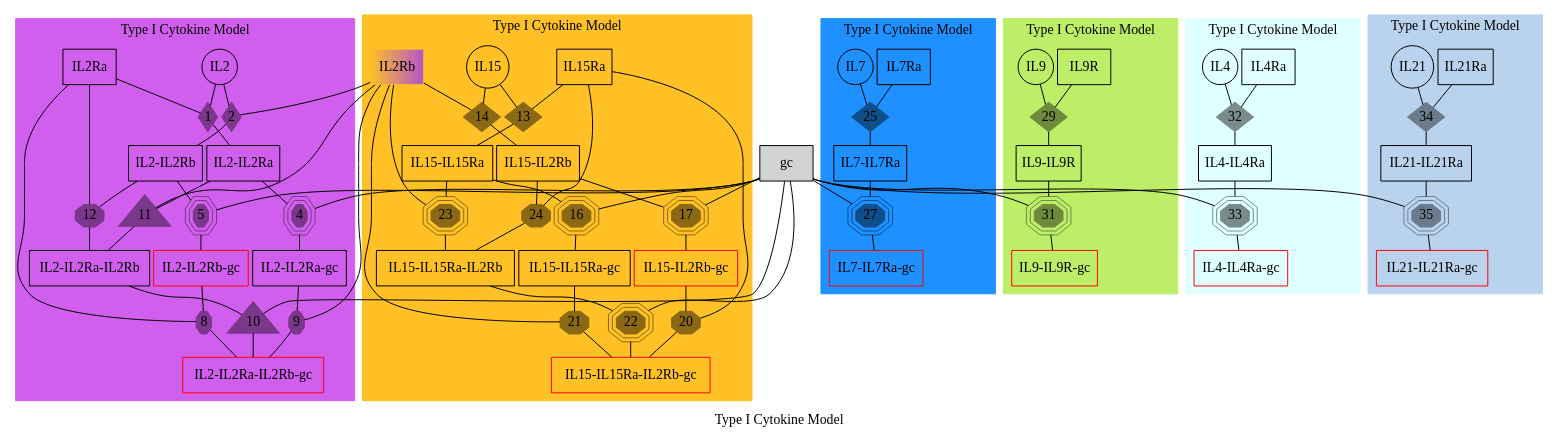
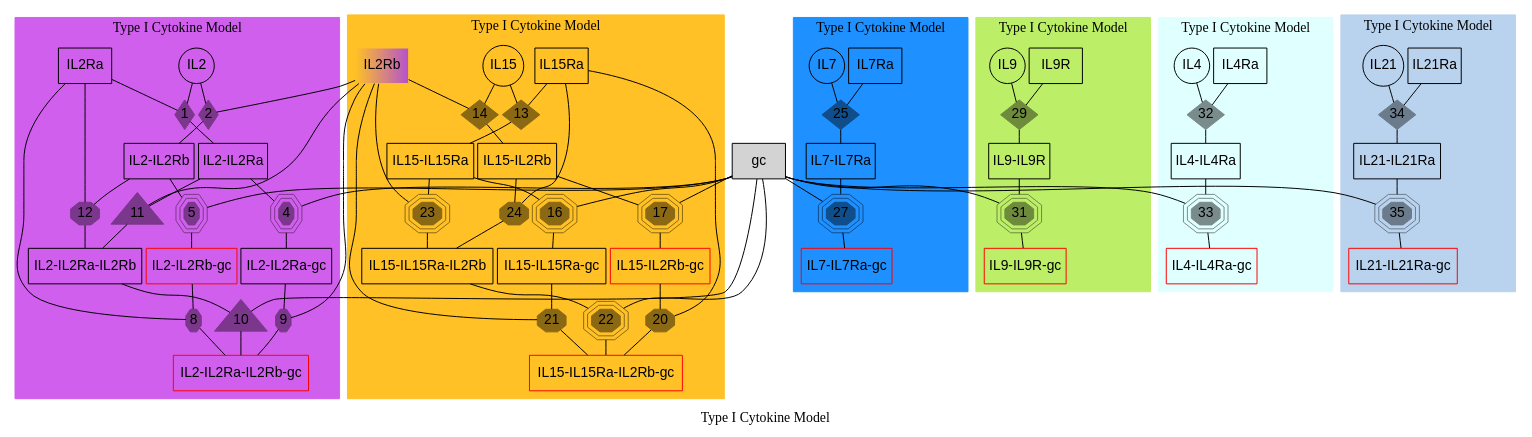
Before and after one commit to meyer-lab/gc-valent: the diagram in ckine/data/graph_all.gv, drawn with Graphviz.

Commit message:
change font ot helvetica

```diff
--- a/ckine/data/graph_all.gv
+++ b/ckine/data/graph_all.gv
@@ -6,52 +6,52 @@
     subgraph specises {
         node [margin=0.03];
         rank="max";
-        "gc"    [shape=box, style=filled, BGCOLOR="white"];
+        "gc"    [shape=box, style=filled, BGCOLOR="white", fontname = "helvetica"];
     }
 
     subgraph species {
         node [margin=0.03];
 
-        "IL2"   [shape=circle ];
-        "IL2Ra" [shape=box   ];
-        "IL2Rb" [shape=box, style=filled, color="goldenrod1:mediumorchid3"];
-        "IL2-IL2Ra" [shape=box];
-        "IL2-IL2Rb" [shape=box];
-        "IL2-IL2Ra" [shape=box];
-        "IL2-IL2Ra" [shape=box];
-        "IL2-IL2Ra-IL2Rb" [shape=box ];
-        "IL2-IL2Ra-gc" [shape=box ];
-        "IL2-IL2Rb-gc" [shape=box, color=red ];
-        "IL2-IL2Ra-IL2Rb-gc" [shape=box, color=red ];
+        "IL2"   [shape=circle, fontname = "helvetica" ];
+        "IL2Ra" [shape=box, fontname = "helvetica"   ];
+        "IL2Rb" [shape=box, style=filled, color="goldenrod1:mediumorchid3", fontname = "helvetica"];
+        "IL2-IL2Ra" [shape=box, fontname = "helvetica"];
+        "IL2-IL2Rb" [shape=box, fontname = "helvetica"];
+        "IL2-IL2Ra" [shape=box, fontname = "helvetica"];
+        "IL2-IL2Ra" [shape=box, fontname = "helvetica"];
+        "IL2-IL2Ra-IL2Rb" [shape=box, fontname = "helvetica" ];
+        "IL2-IL2Ra-gc" [shape=box, fontname = "helvetica" ];
+        "IL2-IL2Rb-gc" [shape=box, color=red, fontname = "helvetica" ];
+        "IL2-IL2Ra-IL2Rb-gc" [shape=box, color=red, fontname = "helvetica" ];
 
-        "IL15"  [shape=circle];
-        "IL15Ra"    [shape=box];
-        "IL15-IL15Ra"   [shape=box];
-        "IL15-IL2Rb"    [shape=box];
-        "IL15-IL15Ra-IL2Rb" [shape=box];
-        "IL15-IL15Ra-gc"    [shape=box];
-        "IL15-IL2Rb-gc" [shape=box, color=red];
-        "IL15-IL15Ra-IL2Rb-gc"  [shape=box, color=red];
+        "IL15"  [shape=circle, fontname = "helvetica"];
+        "IL15Ra"    [shape=box, fontname = "helvetica"];
+        "IL15-IL15Ra"   [shape=box, fontname = "helvetica"];
+        "IL15-IL2Rb"    [shape=box, fontname = "helvetica"];
+        "IL15-IL15Ra-IL2Rb" [shape=box, fontname = "helvetica"];
+        "IL15-IL15Ra-gc"    [shape=box, fontname = "helvetica"];
+        "IL15-IL2Rb-gc" [shape=box, color=red, fontname = "helvetica"];
+        "IL15-IL15Ra-IL2Rb-gc"  [shape=box, color=red, fontname = "helvetica"];
 
-        "IL7"   [shape=circle];
-        "IL7Ra" [shape=box];
-        "IL7-IL7Ra" [shape=box];
-        "IL7-IL7Ra-gc"  [shape=box, color=red];
+        "IL7"   [shape=circle, fontname = "helvetica"];
+        "IL7Ra" [shape=box, fontname = "helvetica"];
+        "IL7-IL7Ra" [shape=box, fontname = "helvetica"];
+        "IL7-IL7Ra-gc"  [shape=box, color=red, fontname = "helvetica"];
 
-        "IL9"   [shape=circle];
-        "IL9R" [shape=box    ];
-        "IL9-IL9R" [shape=box];
-        "IL9-IL9R-gc" [shape=box, color=red ];
+        "IL9"   [shape=circle, fontname = "helvetica"];
+        "IL9R" [shape=box , fontname = "helvetica"   ];
+        "IL9-IL9R" [shape=box, fontname = "helvetica"];
+        "IL9-IL9R-gc" [shape=box, color=red, fontname = "helvetica" ];
 
-        "IL4"   [shape=circle];
-        "IL4Ra" [shape=box    ];
-        "IL4-IL4Ra" [shape=box];
-        "IL4-IL4Ra-gc" [shape=box, color=red ];
+        "IL4"   [shape=circle, fontname = "helvetica"];
+        "IL4Ra" [shape=box, fontname = "helvetica"    ];
+        "IL4-IL4Ra" [shape=box, fontname = "helvetica"];
+        "IL4-IL4Ra-gc" [shape=box, color=red, fontname = "helvetica" ];
 
-        "IL21"   [shape=circle];
-        "IL21Ra" [shape=box    ];
-        "IL21-IL21Ra" [shape=box];
-        "IL21-IL21Ra-gc" [shape=box, color=red ];
+        "IL21"   [shape=circle, fontname = "helvetica"];
+        "IL21Ra" [shape=box , fontname = "helvetica"   ];
+        "IL21-IL21Ra" [shape=box, fontname = "helvetica"];
+        "IL21-IL21Ra-gc" [shape=box, color=red, fontname = "helvetica" ];
     }
 
     subgraph cluster_IL2 {
@@ -59,47 +59,47 @@
     	color=mediumorchid2;
     	node [style=filled,color=mediumorchid4, margin=0];
 
-        "1" [shape=diamond,style=filled,height=.1,width=.1];
+        "1" [shape=diamond,style=filled,height=.1,width=.1, fontname = "helvetica"];
         "IL2" -> "1" [dir=none,weight=1];
         "IL2Ra" -> "1" [dir=none,weight=1];
         "1" -> "IL2-IL2Ra" [dir=none, weight=2];
 
-        "2" [shape=diamond,style=filled,height=.1,width=.1];
+        "2" [shape=diamond,style=filled,height=.1,width=.1, fontname = "helvetica"];
         "IL2" -> "2" [dir=none,weight=1];
         "IL2Rb" -> "2" [dir=none,weight=1];
         "2" -> "IL2-IL2Rb" [dir=none, weight=2];
 
-        "4" [shape=tripleoctagon,style=filled,height=.1,width=.1];
+        "4" [shape=tripleoctagon,style=filled,height=.1,width=.1, fontname = "helvetica"];
         "IL2-IL2Ra" -> "4" [dir=none,weight=1];
         "gc" -> "4" [dir=none,weight=1];
         "4" -> "IL2-IL2Ra-gc" [dir=none, weight=2];
 
-        "5" [shape=tripleoctagon,style=filled,height=.1,width=.1];
+        "5" [shape=tripleoctagon,style=filled,height=.1,width=.1, fontname = "helvetica"];
         "IL2-IL2Rb" -> "5" [dir=none,weight=1];
         "gc" -> "5" [dir=none,weight=1];
         "5" -> "IL2-IL2Rb-gc" [dir=none, weight=2];
 
-        "8" [shape=octagon,style=filled,height=.1,width=.1];
+        "8" [shape=octagon,style=filled,height=.1,width=.1, fontname = "helvetica"];
         "IL2-IL2Rb-gc" -> "8" [dir=none,weight=1];
         "IL2Ra" -> "8" [dir=none,weight=1];
-        "8" -> "IL2-IL2Ra-IL2Rb-gc" [dir=none, weight=2];
+        "8" -> "IL2-IL2Ra-IL2Rb-gc" [dir=none, weight=2, fontname = "helvetica"];
 
-        "9" [shape=octagon,style=filled,height=.1,width=.1];
+        "9" [shape=octagon,style=filled,height=.1,width=.1, fontname = "helvetica"];
         "IL2-IL2Ra-gc" -> "9" [dir=none,weight=1];
         "IL2Rb" -> "9" [dir=none,weight=1];
         "9" -> "IL2-IL2Ra-IL2Rb-gc" [dir=none, weight=2];
 
-        "10" [shape=triangle,style=filled,height=.1,width=.04];
+        "10" [shape=triangle,style=filled,height=.1,width=.04, fontname = "helvetica"];
         "IL2-IL2Ra-IL2Rb" -> "10" [dir=none,weight=1];
         "gc" -> "10" [dir=none,weight=1];
         "10" -> "IL2-IL2Ra-IL2Rb-gc" [dir=none, weight=2];
 
-        "11" [shape=triangle,style=filled,height=.1,width=.04];
+        "11" [shape=triangle,style=filled,height=.1,width=.04, fontname = "helvetica"];
         "IL2-IL2Ra" -> "11" [dir=none,weight=1];
         "IL2Rb" -> "11" [dir=none,weight=1];
         "11" -> "IL2-IL2Ra-IL2Rb" [dir=none, weight=2];
 
-        "12" [shape=octagon,style=filled,height=.1,width=.1];
+        "12" [shape=octagon,style=filled,height=.1,width=.1, fontname = "helvetica"];
         "IL2-IL2Rb" -> "12" [dir=none,weight=1];
         "IL2Ra" -> "12" [dir=none,weight=1];
         "12" -> "IL2-IL2Ra-IL2Rb" [dir=none, weight=2];
@@ -111,47 +111,47 @@
     	node [style=filled,color=goldenrod4, margin=0];
         edge [dir=none, weight=1];
 
-        "13" [shape=diamond,style=filled,height=.1,width=.1];
+        "13" [shape=diamond,style=filled,height=.1,width=.1, fontname = "helvetica"];
         "IL15" -> "13";
         "IL15Ra" -> "13";
         "13" -> "IL15-IL15Ra";
 
-        "14" [shape=diamond,style=filled,height=.1,width=.1];
+        "14" [shape=diamond,style=filled,height=.1,width=.1, fontname = "helvetica"];
         "IL15" -> "14";
         "IL2Rb" -> "14";
         "14" -> "IL15-IL2Rb";
 
-        "16" [shape=tripleoctagon,style=filled,height=.1,width=.1];
+        "16" [shape=tripleoctagon,style=filled,height=.1,width=.1, fontname = "helvetica"];
         "IL15-IL15Ra" -> "16";
         "gc" -> "16";
         "16" -> "IL15-IL15Ra-gc";
 
-        "17" [shape=tripleoctagon,style=filled,height=.1,width=.1];
+        "17" [shape=tripleoctagon,style=filled,height=.1,width=.1, fontname = "helvetica"];
         "IL15-IL2Rb" -> "17";
         "gc" -> "17";
         "17" -> "IL15-IL2Rb-gc";
 
-        "20" [shape=octagon,style=filled,height=.1,width=.1];
+        "20" [shape=octagon,style=filled,height=.1,width=.1, fontname = "helvetica"];
         "IL15-IL2Rb-gc" -> "20";
         "IL15Ra" -> "20";
         "20" -> "IL15-IL15Ra-IL2Rb-gc";
 
-        "21" [shape=octagon,style=filled,height=.1,width=.1];
+        "21" [shape=octagon,style=filled,height=.1,width=.1, fontname = "helvetica"];
         "IL15-IL15Ra-gc" -> "21";
         "IL2Rb" -> "21";
         "21" -> "IL15-IL15Ra-IL2Rb-gc";
 
-        "22" [shape=tripleoctagon,style=filled,height=.1,width=.1];
+        "22" [shape=tripleoctagon,style=filled,height=.1,width=.1, fontname = "helvetica"];
         "IL15-IL15Ra-IL2Rb" -> "22";
         "gc" -> "22";
         "22" -> "IL15-IL15Ra-IL2Rb-gc";
 
-        "23" [shape=tripleoctagon,style=filled,height=.1,width=.1];
+        "23" [shape=tripleoctagon,style=filled,height=.1,width=.1, fontname = "helvetica"];
         "IL15-IL15Ra" -> "23";
         "IL2Rb" -> "23";
         "23" -> "IL15-IL15Ra-IL2Rb";
 
-        "24" [shape=octagon,style=filled,height=.1,width=.1];
+        "24" [shape=octagon,style=filled,height=.1,width=.1, fontname = "helvetica"];
         "IL15-IL2Rb" -> "24";
         "IL15Ra" -> "24";
         "24" -> "IL15-IL15Ra-IL2Rb";
@@ -163,12 +163,12 @@
     	node [style=filled,color=dodgerblue4, margin=0];
         edge [dir=none, weight=1];
         
-        "25" [shape=diamond,style=filled,height=.1,width=.1];
+        "25" [shape=diamond,style=filled,height=.1,width=.1, fontname = "helvetica"];
         "IL7" -> "25";
         "IL7Ra" -> "25";
         "25" -> "IL7-IL7Ra";
 
-        "27" [shape=tripleoctagon,style=filled,height=.1,width=.1];
+        "27" [shape=tripleoctagon,style=filled,height=.1,width=.1, fontname = "helvetica"];
         "IL7-IL7Ra" -> "27";
         "gc" -> "27";
         "27" -> "IL7-IL7Ra-gc";
@@ -180,12 +180,12 @@
     	node [style=filled,color=darkolivegreen4, margin=0];
         edge [dir=none, weight=1];
         
-        "29" [shape=diamond, style=filled, height=.1, width=.1];
+        "29" [shape=diamond, style=filled, height=.1, width=.1, fontname = "helvetica"];
         "IL9" -> "29";
         "IL9R" -> "29";
         "29" -> "IL9-IL9R";
 
-        "31" [shape=tripleoctagon,style=filled,height=.1,width=.1];
+        "31" [shape=tripleoctagon,style=filled,height=.1,width=.1, fontname = "helvetica"];
         "IL9-IL9R" -> "31";
         "gc" -> "31";
         "31" -> "IL9-IL9R-gc";
@@ -197,12 +197,12 @@
     	node [style=filled, color=lightcyan4, margin=0];
         edge [dir=none, weight=1];
         
-        "32" [shape=diamond, style=filled, height=0.1, width=0.1];
+        "32" [shape=diamond, style=filled, height=0.1, width=0.1, fontname = "helvetica"];
         "IL4" -> "32";
         "IL4Ra" -> "32";
         "32" -> "IL4-IL4Ra";
 
-        "33" [shape=tripleoctagon,style=filled,height=.1,width=.1];
+        "33" [shape=tripleoctagon,style=filled,height=.1,width=.1, fontname = "helvetica"];
         "IL4-IL4Ra" -> "33";
         "gc" -> "33";
         "33" -> "IL4-IL4Ra-gc";
@@ -213,12 +213,12 @@
     	node [style=filled, color=slategray4, margin=0];
         edge [dir=none, weight=1];
         
-        "34" [shape=diamond,style=filled,height=.1,width=.1];
+        "34" [shape=diamond,style=filled,height=.1,width=.1, fontname = "helvetica"];
         "IL21" -> "34";
         "IL21Ra" -> "34";
         "34" -> "IL21-IL21Ra";
 
-        "35" [shape=tripleoctagon,style=filled, height=.1, width=.1];
+        "35" [shape=tripleoctagon,style=filled, height=.1, width=.1, fontname = "helvetica"];
         "IL21-IL21Ra" -> "35";
         "gc" -> "35";
         "35" -> "IL21-IL21Ra-gc";
```
